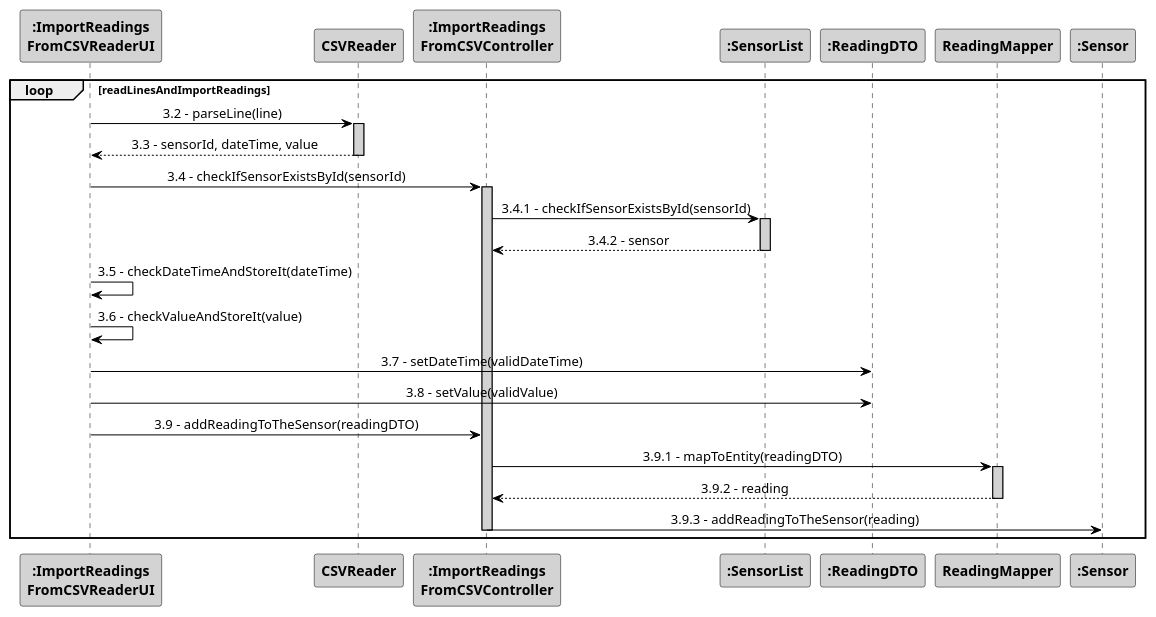
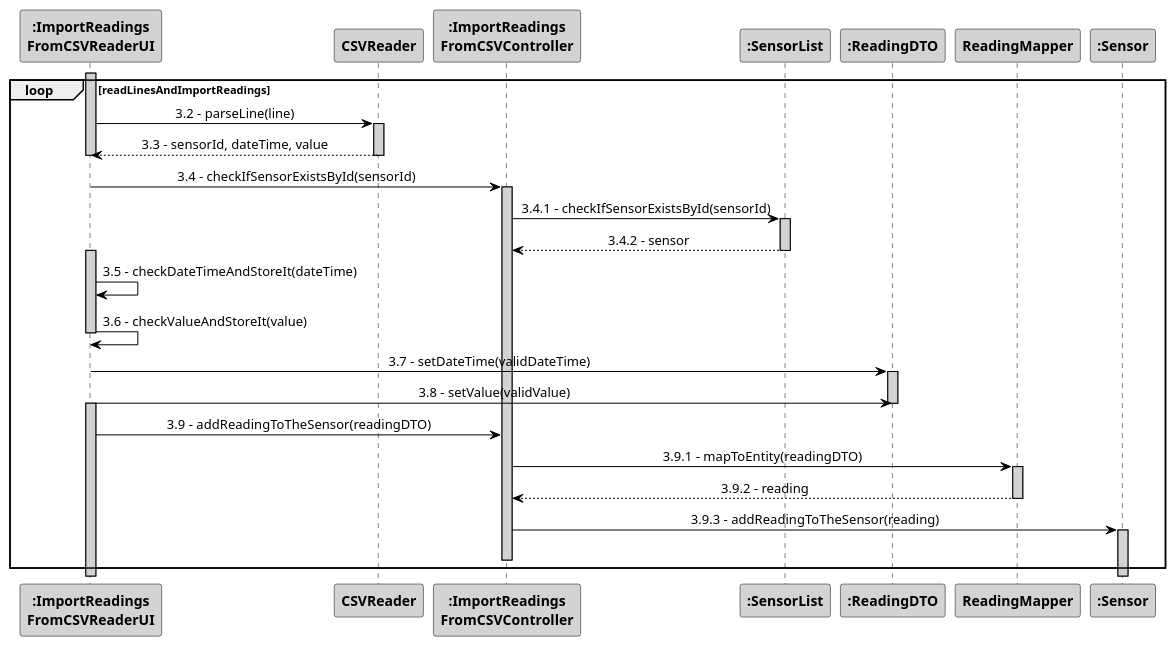
One commit to 1181687/hateoasToy changed the diagram in src/main/java/pt/ipp/isep/dei/project/controllers/importreadingsfromcsvcontroller/SD_Loop_ImportReadingsFromCSVReader.puml. Above: the diagram before and after it, drawn with PlantUML. The commit also changed 4 other files, not shown here.

Commit message:
Changes to Class Sequence (presentation ready format)

```diff
--- a/src/main/java/pt/ipp/isep/dei/project/controllers/importreadingsfromcsvcontroller/SD_Loop_ImportReadingsFromCSVReader.puml
+++ b/src/main/java/pt/ipp/isep/dei/project/controllers/importreadingsfromcsvcontroller/SD_Loop_ImportReadingsFromCSVReader.puml
@@ -1,45 +1,52 @@
 @startuml
 skinparam sequenceMessageAlign center
 skinparam sequence {
 	ArrowColor Black
 	ActorBorderColor DarkBlue
 	LifeLineBorderColor black
 	LifeLineBackgroundColor LightGrey
 
 	ParticipantBorderColor Black
 	ParticipantBackgroundColor LightGrey
 	ParticipantFontStyle Bold
 
 	ActorBackgroundColor DimGrey
 	ActorFontColor DeepSkyBlue
 	ActorFontStyle Bold
 	ActorFontSize 17
 	ActorFontName Aapex
 }
 
-
+activate ":ImportReadings\nFromCSVReaderUI"
 loop readLinesAndImportReadings
 ":ImportReadings\nFromCSVReaderUI" -> CSVReader: 3.2 - parseLine(line)
 activate CSVReader
 CSVReader --> ":ImportReadings\nFromCSVReaderUI": 3.3 - sensorId, dateTime, value
+deactivate ":ImportReadings\nFromCSVReaderUI"
 deactivate CSVReader
 ":ImportReadings\nFromCSVReaderUI" -> ":ImportReadings\nFromCSVController": 3.4 - checkIfSensorExistsById(sensorId)
 activate ":ImportReadings\nFromCSVController"
 ":ImportReadings\nFromCSVController" -> ":SensorList": 3.4.1 - checkIfSensorExistsById(sensorId)
 activate ":SensorList"
 ":SensorList" --> ":ImportReadings\nFromCSVController": 3.4.2 - sensor
 deactivate ":SensorList"
+activate ":ImportReadings\nFromCSVReaderUI"
 ":ImportReadings\nFromCSVReaderUI" -> ":ImportReadings\nFromCSVReaderUI": 3.5 - checkDateTimeAndStoreIt(dateTime)
 ":ImportReadings\nFromCSVReaderUI" -> ":ImportReadings\nFromCSVReaderUI": 3.6 - checkValueAndStoreIt(value)
+deactivate ":ImportReadings\nFromCSVReaderUI"
 ":ImportReadings\nFromCSVReaderUI" -> ":ReadingDTO": 3.7 - setDateTime(validDateTime)
+activate ":ReadingDTO"
 ":ImportReadings\nFromCSVReaderUI" -> ":ReadingDTO": 3.8 - setValue(validValue)
+deactivate ":ReadingDTO"
+activate ":ImportReadings\nFromCSVReaderUI"
 ":ImportReadings\nFromCSVReaderUI" -> ":ImportReadings\nFromCSVController": 3.9 - addReadingToTheSensor(readingDTO)
 ":ImportReadings\nFromCSVController" -> ReadingMapper: 3.9.1 - mapToEntity(readingDTO)
 activate ReadingMapper
 ReadingMapper --> ":ImportReadings\nFromCSVController": 3.9.2 - reading
 deactivate ReadingMapper
 ":ImportReadings\nFromCSVController" -> ":Sensor": 3.9.3 - addReadingToTheSensor(reading)
+activate ":Sensor"
 deactivate ":ImportReadings\nFromCSVController"
 end loop
 
 @enduml
```
